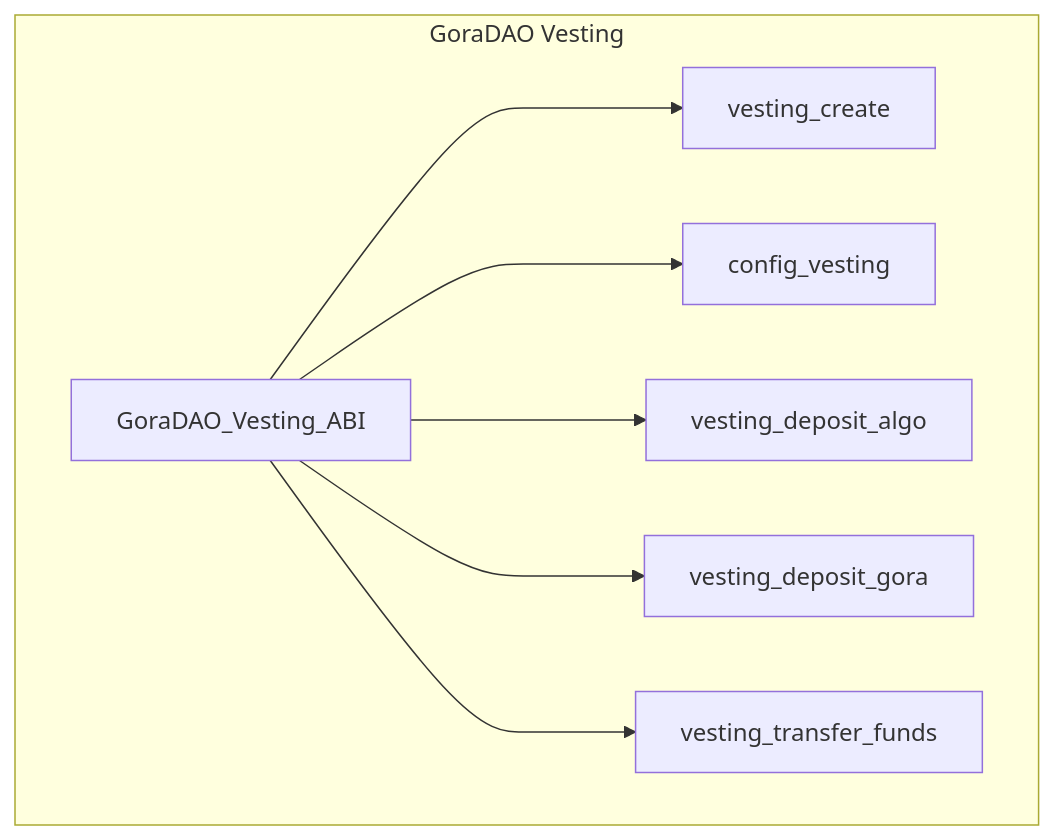
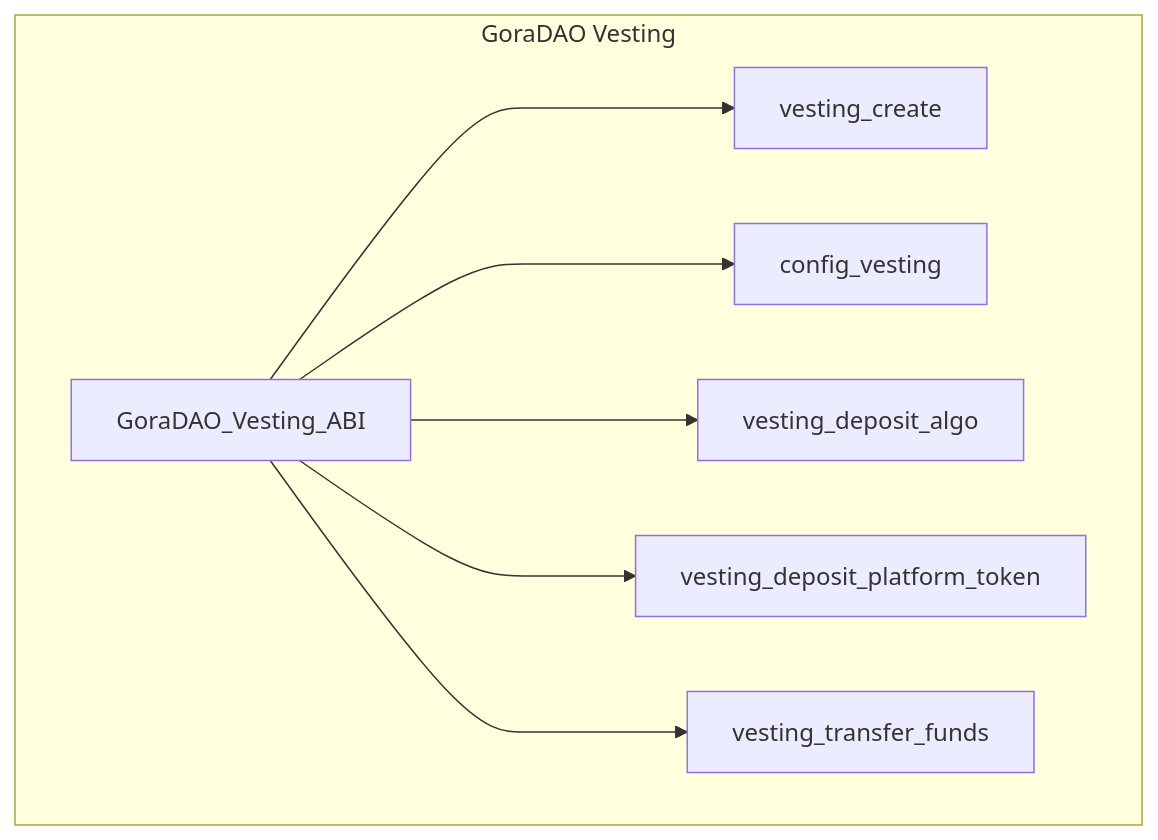
One commit to GoraNetwork/gora-dao-smartcontracts changed the eighth of 8 diagrams in README.md. Above: the diagram before and after it, drawn with Mermaid. The commit also changed other lines of this file, not shown here.

````diff
--- a/README.md
+++ b/README.md
@@ -300,23 +305,25 @@
 ```mermaid
 
 graph TB
  
       subgraph GoraDAO Vesting
             GoraDAO_Vesting[GoraDAO_Vesting_ABI]
             Vesting_Create[vesting_create]
             Configure_Vesting[config_vesting]
             Vesting_Deposit_Algo[vesting_deposit_algo]
-            Vesting_Deposit_Gora[vesting_deposit_gora]
+            Vesting_Deposit_Platform_Token[vesting_deposit_platform_token]
             Vesting_Transfer_Funds[vesting_transfer_funds]
+        
         end
       
 
       GoraDAO_Vesting[GoraDAO_Vesting_ABI] ---> Vesting_Create
       GoraDAO_Vesting[GoraDAO_Vesting_ABI] ---> Configure_Vesting
       GoraDAO_Vesting[GoraDAO_Vesting_ABI] ---> Vesting_Deposit_Algo
-      GoraDAO_Vesting[GoraDAO_Vesting_ABI] ---> Vesting_Deposit_Gora
+      GoraDAO_Vesting[GoraDAO_Vesting_ABI] ---> Vesting_Deposit_Platform_Token
       GoraDAO_Vesting[GoraDAO_Vesting_ABI] ---> Vesting_Transfer_Funds
+
 
  
 
 ```
````
